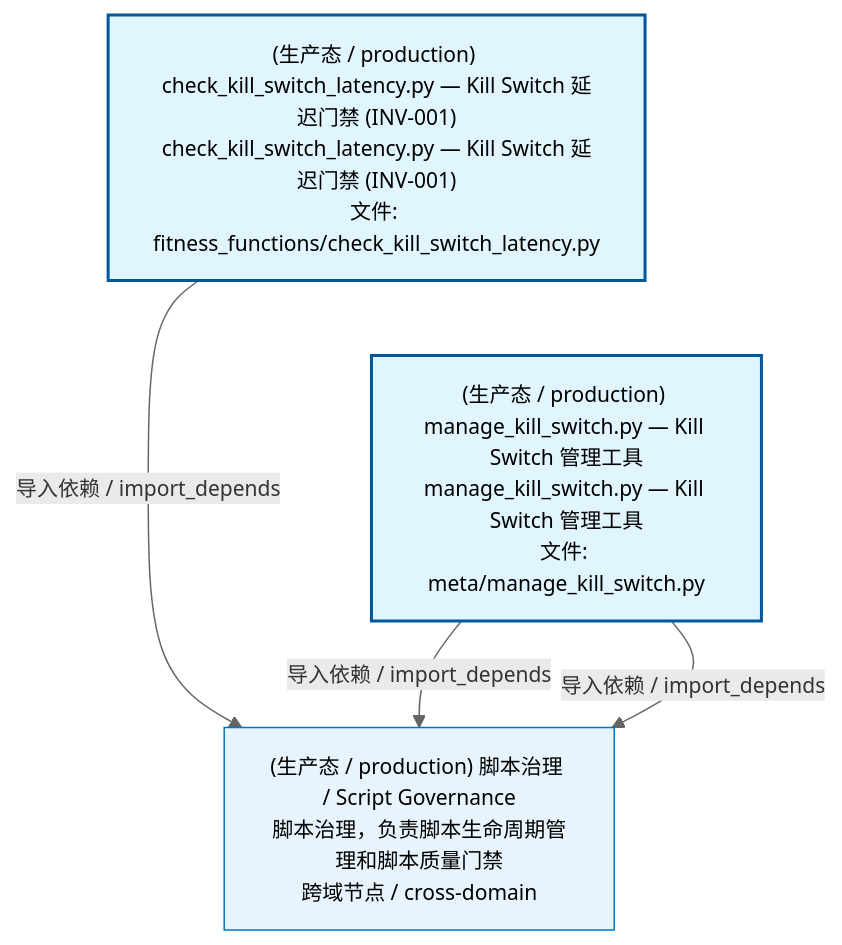
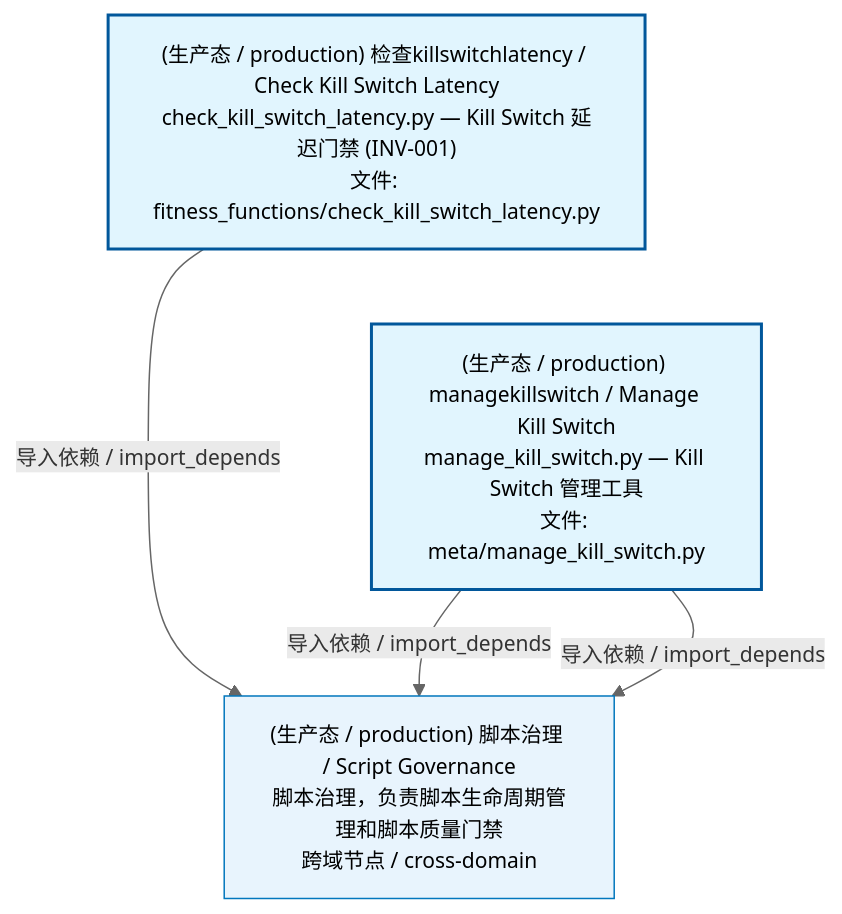
Before and after one commit to xuanFelixVan/ZephyrAlpha: the first of 2 diagrams in docs/02_enterprise_architecture/02_domain_architecture_docs/34_d_autonomy_perm.md, drawn with Mermaid. The commit also changed other lines of this file and 49 other files, not shown here.

````diff
--- a/docs/02_enterprise_architecture/02_domain_architecture_docs/34_d_autonomy_perm.md
+++ b/docs/02_enterprise_architecture/02_domain_architecture_docs/34_d_autonomy_perm.md
@@ -53,17 +53,17 @@
 ```mermaid
 %%{init: {'theme': 'base', 'themeVariables': {'primaryColor': '#eaeaea', 'primaryTextColor': '#333333', 'primaryBorderColor': '#666666', 'lineColor': '#666666', 'secondaryColor': '#eaeaea', 'tertiaryColor': '#eaeaea', 'fontSize': '14px'}}}%%
 flowchart TD
-    scripts_arch_guard_fitness_functions_check_kill_switch_latency_py["(生产态 / production) check_kill_switch_latency.py — Kill Switch 延迟门禁 (INV-001)<br/>check_kill_switch_latency.py — Kill Switch 延迟门禁 (INV-001)<br/>文件: fitness_functions/check_kill_switch_latency.py"]
-    scripts_governance_meta_manage_kill_switch_py["(生产态 / production) manage_kill_switch.py — Kill Switch 管理工具<br/>manage_kill_switch.py — Kill Switch 管理工具<br/>文件: meta/manage_kill_switch.py"]
+    scripts_arch_guard_fitness_functions_check_kill_switch_latency_py["(生产态 / production) 检查killswitchlatency / Check Kill Switch Latency<br/>check_kill_switch_latency.py — Kill Switch 延迟门禁 (INV-001)<br/>文件: fitness_functions/check_kill_switch_latency.py"]
+    scripts_governance_meta_manage_kill_switch_py["(生产态 / production) managekillswitch / Manage Kill Switch<br/>manage_kill_switch.py — Kill Switch 管理工具<br/>文件: meta/manage_kill_switch.py"]
     scripts_arch_guard_fitness_functions_check_kill_switch_latency_py ~~~ scripts_governance_meta_manage_kill_switch_py
     D_GOV_SCRIPTS["(生产态 / production) 脚本治理 / Script Governance<br/>脚本治理，负责脚本生命周期管理和脚本质量门禁<br/>跨域节点 / cross-domain"]
     scripts_arch_guard_fitness_functions_check_kill_switch_latency_py -->|导入依赖 / import_depends| D_GOV_SCRIPTS
     scripts_governance_meta_manage_kill_switch_py -->|导入依赖 / import_depends| D_GOV_SCRIPTS
     scripts_governance_meta_manage_kill_switch_py -->|导入依赖 / import_depends| D_GOV_SCRIPTS
     classDef production fill:#e1f5fe,stroke:#01579b,stroke-width:2px,color:#000
     classDef design fill:#fff3e0,stroke:#e65100,stroke-width:2px,color:#000,stroke-dasharray: 5 5
     classDef external_prod fill:#e8f4fd,stroke:#0277bd,stroke-width:1px,color:#000
     classDef external_design fill:#fff8e7,stroke:#ef6c00,stroke-width:1px,color:#000,stroke-dasharray: 5 5
     class scripts_arch_guard_fitness_functions_check_kill_switch_latency_py,scripts_governance_meta_manage_kill_switch_py production
     class D_GOV_SCRIPTS external_prod
 ```
````
